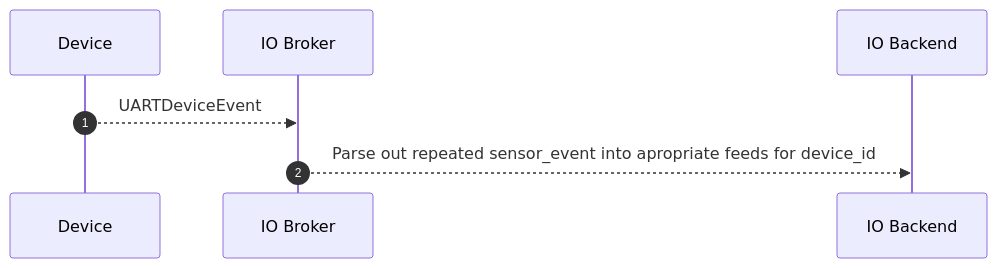
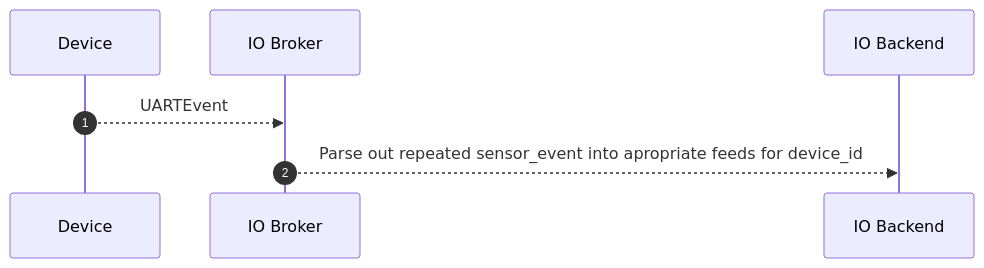
One commit to adafruit/Wippersnapper_Protobuf changed the second of 3 diagrams in proto/wippersnapper/docs/uart.md. Above: the diagram before and after it, drawn with Mermaid. The commit also changed other lines of this file and 1 other file, not shown here.

````diff
--- a/proto/wippersnapper/docs/uart.md
+++ b/proto/wippersnapper/docs/uart.md
@@ -40,7 +40,7 @@
 ```mermaid
 sequenceDiagram
 autonumber
 
-Device-->>IO Broker: UARTDeviceEvent
+Device-->>IO Broker: UARTEvent
 IO Broker -->>IO Backend: Parse out repeated sensor_event into apropriate feeds for device_id
 ```
````
